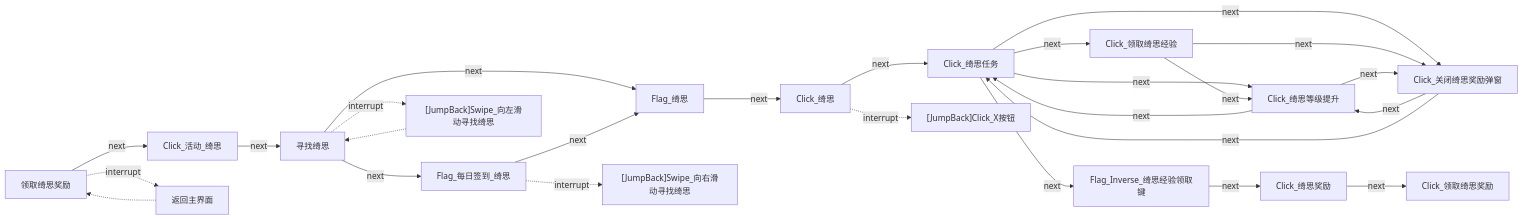
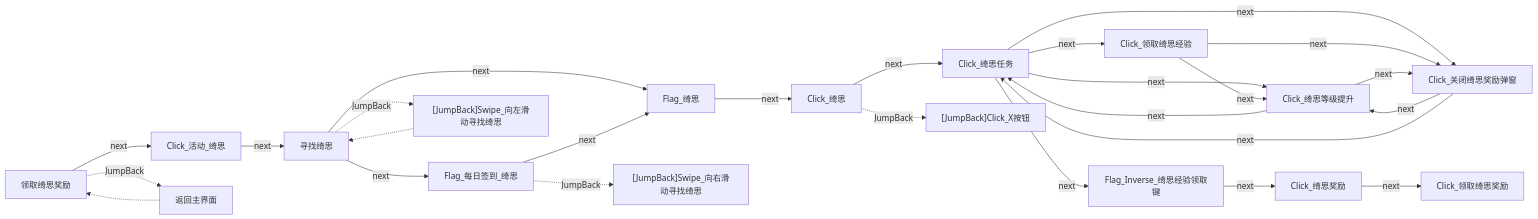
Diagram 12 of 40 in docs/zh_cn/develop/Pipeline说明.md (Coxwtwo/MaaTOT), drawn with Mermaid before and after one commit. The commit also changed other lines of this file, not shown here.

Commit message:
docs: 完善 Pipeline 说明，新增未名市移动、未名市周任务文档，interrupt→JumpBack(MaaFramework v5.1 起已废弃 interrupt 字段）

````diff
--- a/docs/zh_cn/develop/Pipeline说明.md
+++ b/docs/zh_cn/develop/Pipeline说明.md
@@ -283,28 +283,28 @@
 ```mermaid
 flowchart LR
     n0["领取绮思奖励"] -->|next| n1["Click_活动_绮思"]
-    n0 -.->|interrupt| n2["返回主界面"]
+    n0 -.->|JumpBack| n2["返回主界面"]
     n2 -.-> n0
     n1 -->|next| n3["寻找绮思"]
     n3 -->|next| n4["Flag_绮思"]
     n3 -->|next| n5["Flag_每日签到_绮思"]
-    n3 -.->|interrupt| n6["[JumpBack]Swipe_向左滑动寻找绮思"]
+    n3 -.->|JumpBack| n6["[JumpBack]Swipe_向左滑动寻找绮思"]
     n6 -.-> n3
     n5 -->|next| n4
-    n5 -.->|interrupt| n7["[JumpBack]Swipe_向右滑动寻找绮思"]
+    n5 -.->|JumpBack| n7["[JumpBack]Swipe_向右滑动寻找绮思"]
     n4 -->|next| n9["Click_绮思"]
     n9 -->|next| n10["Click_绮思任务"]
-    n9 -.->|interrupt| n11["[JumpBack]Click_X按钮"]
+    n9 -.->|JumpBack| n11["[JumpBack]Click_X按钮"]
     n10 -->|next| n12["Click_领取绮思经验"]
     n10 -->|next| n13["Click_绮思等级提升"]
     n10 -->|next| n14["Click_关闭绮思奖励弹窗"]
     n10 -->|next| n15["Flag_Inverse_绮思经验领取键"]
     n12 -->|next| n13
     n12 -->|next| n14
     n14 -->|next| n13
     n14 -->|next| n10
     n13 -->|next| n14
     n13 -->|next| n10
     n15 -->|next| n16["Click_绮思奖励"]
     n16 -->|next| n17["Click_领取绮思奖励"]
 ```
````
